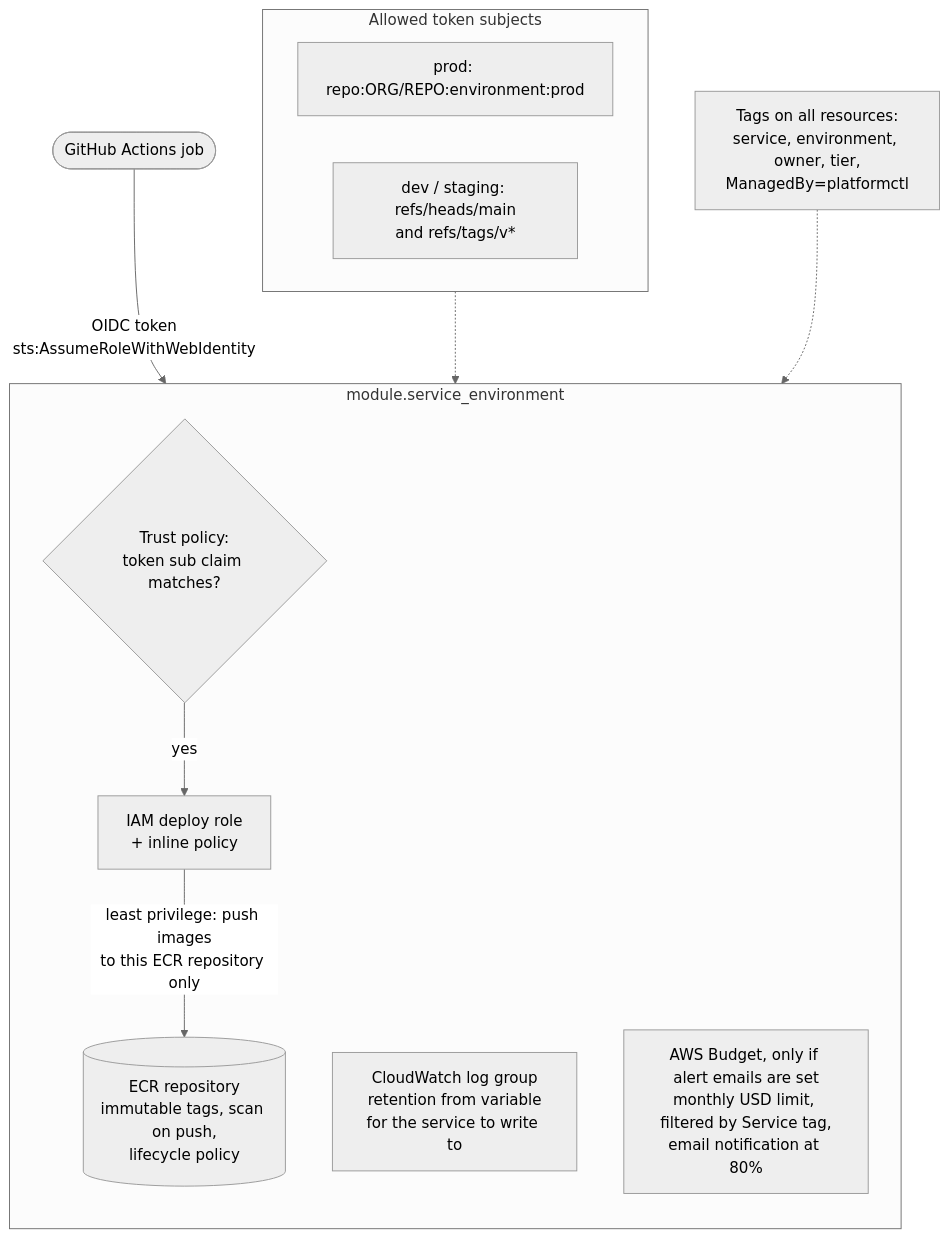
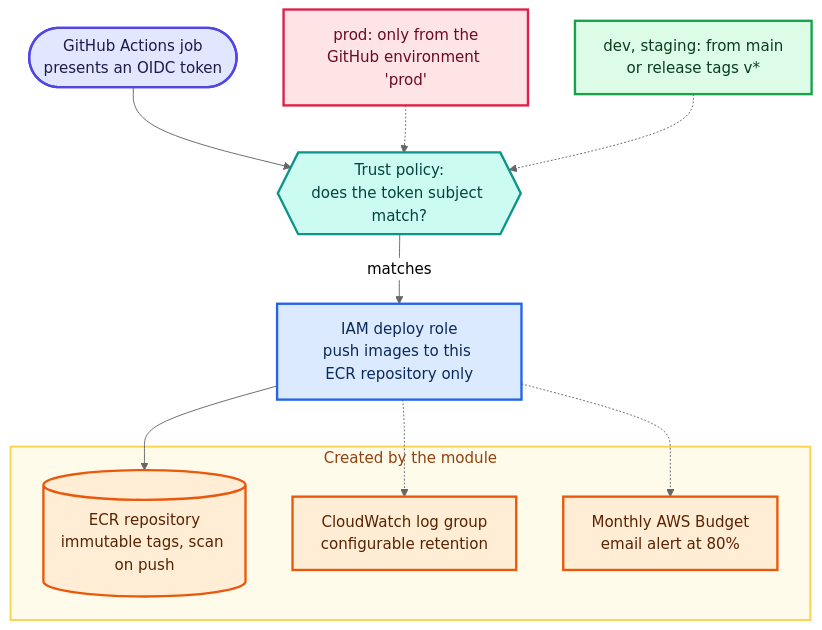
The fourth of 5 diagrams in projects/self-service-platform/docs/schematics/README.md (Joxejaime/Projects-2026), drawn with Mermaid (neutral theme) before and after one commit. The commit also changed other lines of this file and 62 other files, not shown here.

First line of the commit message:
Colour the schematics and add LinkedIn cards and carousels

````diff
--- a/projects/self-service-platform/docs/schematics/README.md
+++ b/projects/self-service-platform/docs/schematics/README.md
@@ -90,25 +126,39 @@
 ```mermaid
 %% title: Terraform service-environment module
-%% caption: terraform/modules/service-environment. One module call per service and environment (generated by platformctl env add). The deploy role trusts GitHub's OIDC provider, so there are no long-lived AWS keys; prod can only be assumed from a GitHub environment (which can require reviewers), lower environments from main or release tags. Written and statically reviewed, not applied.
+%% headline: Deploying with no long-lived AWS keys
+%% takeaway: A GitHub OIDC role scoped to one ECR repository, with prod locked to a reviewed environment.
+%% legend: entry=GitHub job,guard=Trust check,app=Deploy role,cloud=AWS resource,alert=Prod subject,ok=Dev and staging subject
+%% caption: terraform/modules/service-environment. One module call per service and environment (generated by platformctl env add). The deploy role trusts GitHub's OIDC provider, so there are no long-lived AWS keys; prod can only be assumed from a GitHub environment (which can require reviewers), lower environments from main or release tags. All resources carry service, environment, owner, tier and ManagedBy tags. The budget is created only when alert emails are set. Written and statically reviewed, not applied.
 flowchart TB
-    gh(["GitHub Actions job"]) -->|"OIDC token<br/>sts:AssumeRoleWithWebIdentity"| trust
+    gh(["GitHub Actions job<br/>presents an OIDC token"])
+    prod["prod: only from the<br/>GitHub environment 'prod'"]
+    low["dev, staging: from main<br/>or release tags v*"]
+    trust{{"Trust policy:<br/>does the token subject match?"}}
+    role["IAM deploy role<br/>push images to this ECR repository only"]
+    subgraph res["Created by the module"]
+        ecr[("ECR repository<br/>immutable tags, scan on push")]
+        logs["CloudWatch log group<br/>configurable retention"]
+        budget["Monthly AWS Budget<br/>email alert at 80%"]
+    end
+    gh --> trust
+    prod -.-> trust
+    low -.-> trust
+    trust -- matches --> role
+    role --> ecr
+    role -.-> logs
+    role -.-> budget
 
-    subgraph mod["module.service_environment"]
-        direction TB
-        trust{"Trust policy:<br/>token sub claim matches?"}
-        role["IAM deploy role<br/>+ inline policy"]
-        ecr[("ECR repository<br/>immutable tags, scan on push,<br/>lifecycle policy")]
-        logs["CloudWatch log group<br/>retention from variable<br/>for the service to write to"]
-        budget["AWS Budget, only if alert emails are set<br/>monthly USD limit, filtered by Service tag,<br/>email notification at 80%"]
-        trust -- yes --> role
-    end
-
-    subgraph subs["Allowed token subjects"]
-        prod["prod: repo:ORG/REPO:environment:prod"]
-        low["dev / staging: refs/heads/main<br/>and refs/tags/v*"]
-    end
-    subs -.-> trust
-
-    role -->|"least privilege: push images<br/>to this ECR repository only"| ecr
-    tags["Tags on all resources:<br/>service, environment, owner, tier,<br/>ManagedBy=platformctl"] -.-> mod
+    classDef entry fill:#E0E7FF,stroke:#4F46E5,stroke-width:2.5px,color:#1E1B4B
+    classDef app fill:#DBEAFE,stroke:#2563EB,stroke-width:2.5px,color:#0B2A5B
+    classDef guard fill:#CCFBF1,stroke:#0D9488,stroke-width:2.5px,color:#04443F
+    classDef alert fill:#FFE4E6,stroke:#E11D48,stroke-width:2.5px,color:#6B0A20
+    classDef ok fill:#DCFCE7,stroke:#16A34A,stroke-width:2.5px,color:#0B3D1E
+    classDef cloud fill:#FFEDD5,stroke:#EA580C,stroke-width:2.5px,color:#5A2300
+    class gh entry
+    class trust guard
+    class role app
+    class ecr,logs,budget cloud
+    class prod alert
+    class low ok
+    style res fill:#FFFBEB,stroke:#FCD34D,stroke-width:2px,color:#92400E
 ```
````
